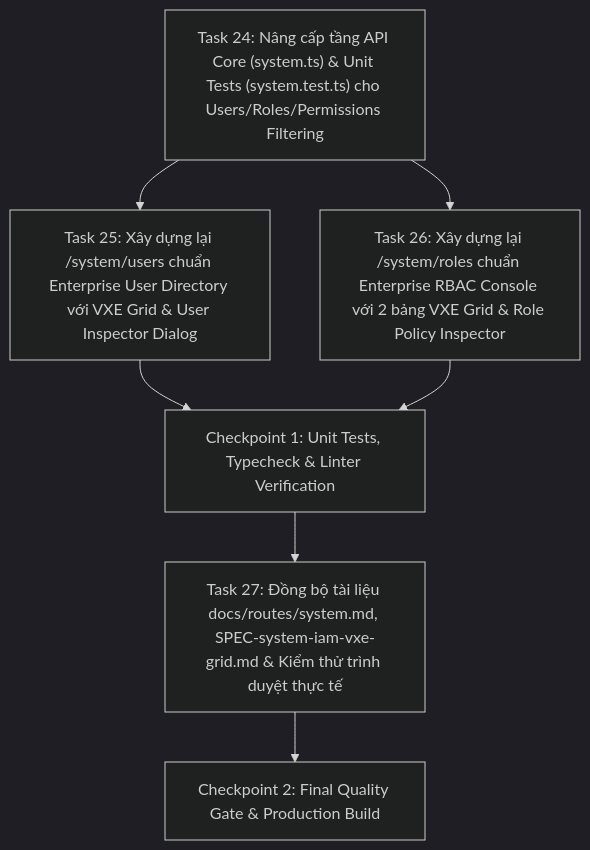
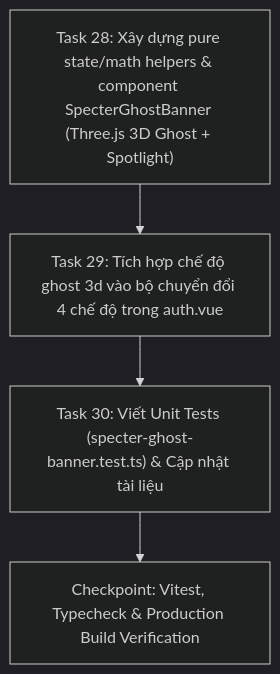
Before and after one commit to tuquet/console: the diagram in tasks/plan.md, drawn with Mermaid (dark theme). The commit also changed other lines of this file and 6 other files, not shown here.

Commit message:
feat(admin): add interactive 3d specter ghost auth banner and 4-mode switcher

````diff
--- a/tasks/plan.md
+++ b/tasks/plan.md
@@ -25,16 +27,11 @@
 ```mermaid
 flowchart TD
-    T24["Task 24: Nâng cấp tầng API Core (system.ts) & Unit Tests (system.test.ts) cho Users/Roles/Permissions Filtering"]
-    T25["Task 25: Xây dựng lại /system/users chuẩn Enterprise User Directory với VXE Grid & User Inspector Dialog"]
-    T26["Task 26: Xây dựng lại /system/roles chuẩn Enterprise RBAC Console với 2 bảng VXE Grid & Role Policy Inspector"]
-    CP1["Checkpoint 1: Unit Tests, Typecheck & Linter Verification"]
-    T27["Task 27: Đồng bộ tài liệu docs/routes/system.md, SPEC-system-iam-vxe-grid.md & Kiểm thử trình duyệt thực tế"]
-    CP2["Checkpoint 2: Final Quality Gate & Production Build"]
+    T28["Task 28: Xây dựng pure state/math helpers & component SpecterGhostBanner (Three.js 3D Ghost + Spotlight)"]
+    T29["Task 29: Tích hợp chế độ ghost 3d vào bộ chuyển đổi 4 chế độ trong auth.vue"]
+    T30["Task 30: Viết Unit Tests (specter-ghost-banner.test.ts) & Cập nhật tài liệu"]
+    CP1["Checkpoint: Vitest, Typecheck & Production Build Verification"]
 
-    T24 --> T25
-    T24 --> T26
-    T25 --> CP1
-    T26 --> CP1
-    CP1 --> T27
-    T27 --> CP2
+    T28 --> T29
+    T29 --> T30
+    T30 --> CP1
 ```
````
